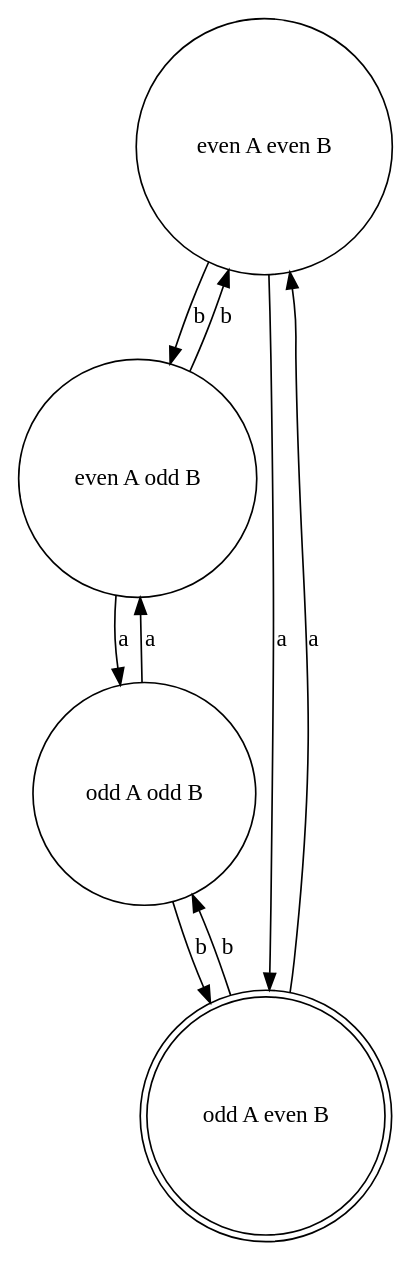
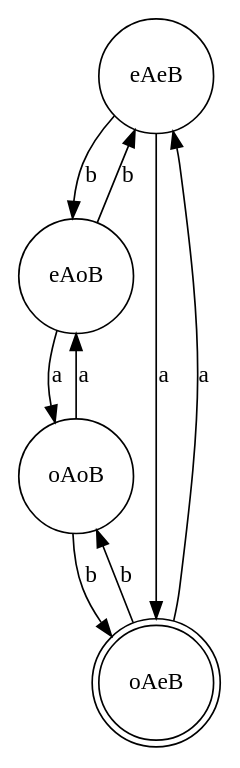
The diagram in machine1.dot (sumanchapai/dfa), drawn with Graphviz before and after one commit. The commit also changed 3 other files, not shown here.

```diff
--- a/machine1.dot
+++ b/machine1.dot
@@ -1,18 +1,18 @@
 digraph G {
-4525227024 [label="even A even B"];
-4525227024 [shape="circle"];
-4525227024 -> 4527689056 [label=b];
-4525227024 -> 4527693040 [label=a];
-4527689056 [label="even A odd B"];
-4527689056 [shape="circle"];
-4527689056 -> 4525227024 [label=b];
-4527689056 -> 4527691024 [label=a];
-4527691024 [label="odd A odd B"];
-4527691024 [shape="circle"];
-4527691024 -> 4527689056 [label=a];
-4527691024 -> 4527693040 [label=b];
-4527693040 [label="odd A even B"];
-4527693040 [shape="doublecircle"];
-4527693040 -> 4525227024 [label=a];
-4527693040 -> 4527691024 [label=b];
+eAeB [label="eAeB"];
+eAeB [shape="circle"];
+eAeB -> eAoB [label="b"];
+eAeB -> oAeB [label="a"];
+eAoB [label="eAoB"];
+eAoB [shape="circle"];
+eAoB -> eAeB [label="b"];
+eAoB -> oAoB [label="a"];
+oAoB [label="oAoB"];
+oAoB [shape="circle"];
+oAoB -> eAoB [label="a"];
+oAoB -> oAeB [label="b"];
+oAeB [label="oAeB"];
+oAeB [shape="doublecircle"];
+oAeB -> eAeB [label="a"];
+oAeB -> oAoB [label="b"];
 }
```
